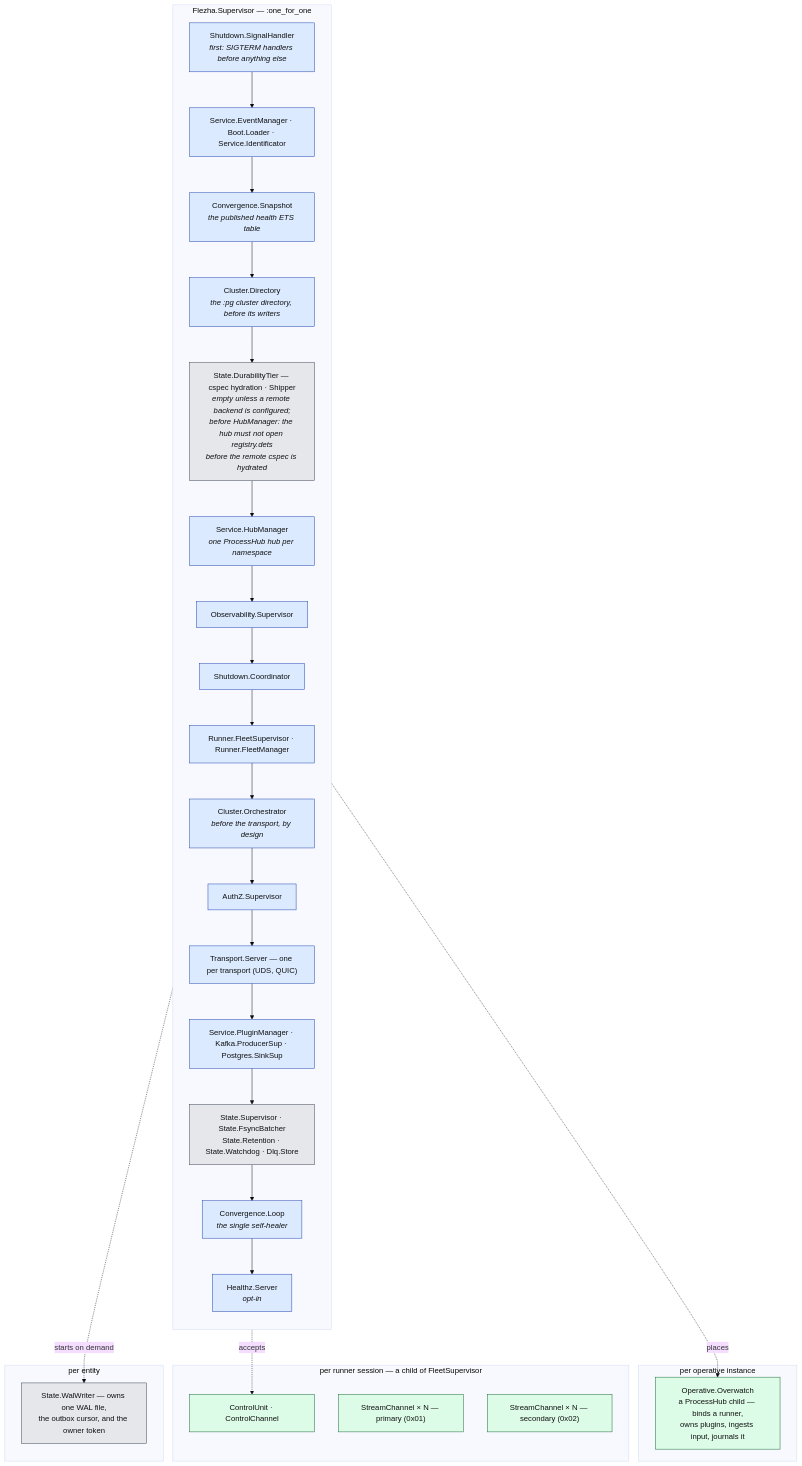
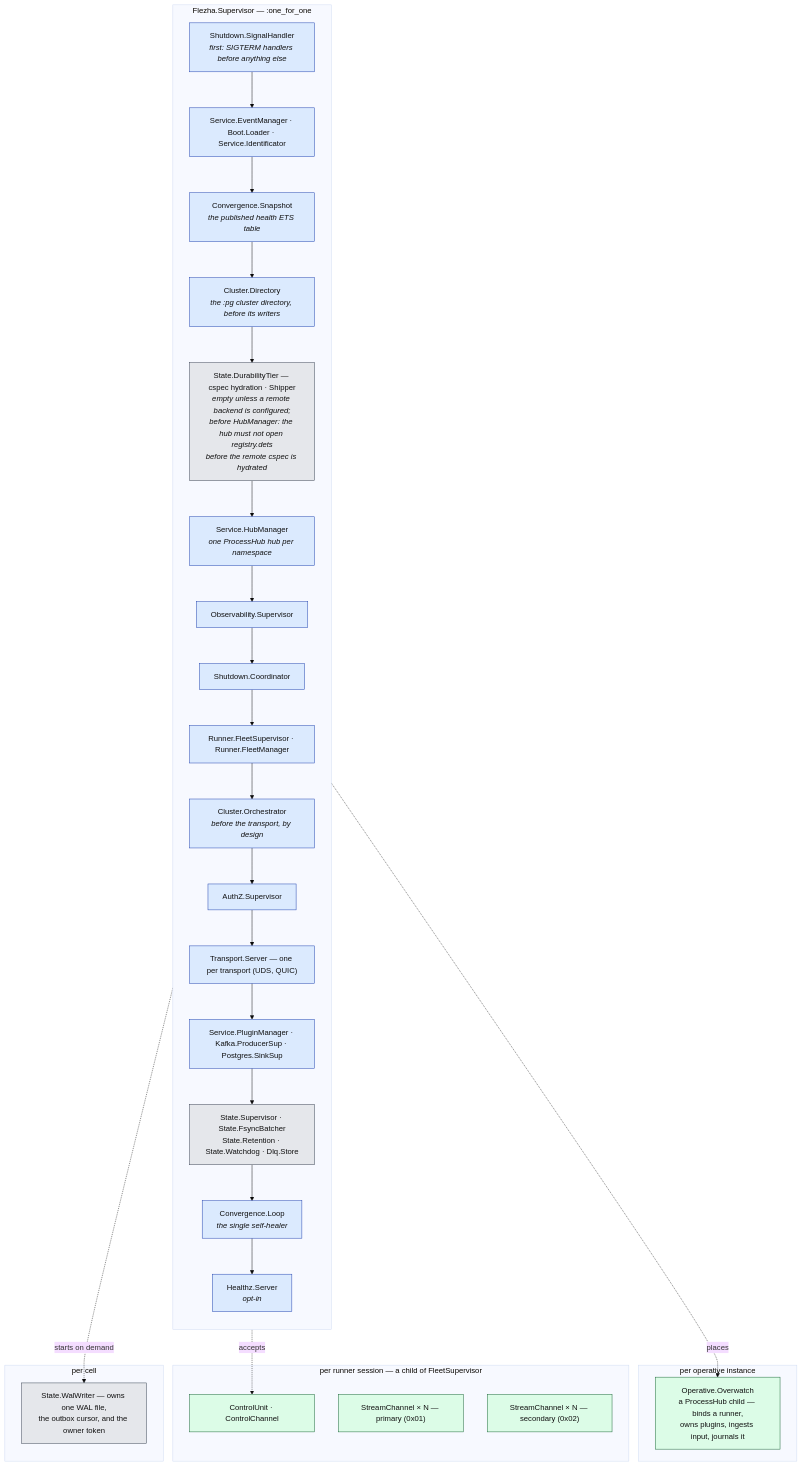
The sixth of 9 diagrams in docs/architecture/README.md (Flezha/flezha), drawn with Mermaid (base theme) before and after one commit. The commit also changed other lines of this file and 604 other files, not shown here.

First line of the commit message:
Rename Procedure to Tasklet and Entity to Cell

````diff
--- a/docs/architecture/README.md
+++ b/docs/architecture/README.md
@@ -330,43 +331,43 @@
 ```mermaid
 flowchart TB
     subgraph APP["Flezha.Supervisor — :one_for_one"]
         direction TB
         A1["Shutdown.SignalHandler<br/><i>first: SIGTERM handlers before anything else</i>"]:::ctrl
         A2["Service.EventManager · Boot.Loader · Service.Identificator"]:::ctrl
         A3["Convergence.Snapshot<br/><i>the published health ETS table</i>"]:::ctrl
         A3a["Cluster.Directory<br/><i>the :pg cluster directory, before its writers</i>"]:::ctrl
         A3b["State.DurabilityTier — cspec hydration · Shipper<br/><i>empty unless a remote backend is configured;<br/>before HubManager: the hub must not open registry.dets<br/>before the remote cspec is hydrated</i>"]:::store
         A4["Service.HubManager<br/><i>one ProcessHub hub per namespace</i>"]:::ctrl
         A5["Observability.Supervisor"]:::ctrl
         A6["Shutdown.Coordinator"]:::ctrl
         A7["Runner.FleetSupervisor · Runner.FleetManager"]:::ctrl
         A8["Cluster.Orchestrator<br/><i>before the transport, by design</i>"]:::ctrl
         A9["AuthZ.Supervisor"]:::ctrl
         A10["Transport.Server — one per transport (UDS, QUIC)"]:::ctrl
         A11["Service.PluginManager · Kafka.ProducerSup · Postgres.SinkSup"]:::ctrl
         A12["State.Supervisor · State.FsyncBatcher<br/>State.Retention · State.Watchdog · Dlq.Store"]:::store
         A13["Convergence.Loop<br/><i>the single self-healer</i>"]:::ctrl
         A14["Healthz.Server<br/><i>opt-in</i>"]:::ctrl
         A1 --> A2 --> A3 --> A3a --> A3b --> A4 --> A5 --> A6 --> A7 --> A8 --> A9 --> A10 --> A11 --> A12 --> A13 --> A14
     end
 
     subgraph PEROP["per operative instance"]
         OW["Operative.Overwatch<br/>a ProcessHub child — binds a runner,<br/>owns plugins, ingests input, journals it"]:::exec
     end
     subgraph PEREX["per runner session — a child of FleetSupervisor"]
         EX1["ControlUnit · ControlChannel"]:::exec
         EX2["StreamChannel × N — primary (0x01)"]:::exec
         EX3["StreamChannel × N — secondary (0x02)"]:::exec
     end
-    subgraph PERSEG["per entity"]
+    subgraph PERSEG["per cell"]
         WW["State.WalWriter — owns one WAL file,<br/>the outbox cursor, and the owner token"]:::store
     end
 
     A4 -.->|"places"| OW
     A7 -.->|"accepts"| EX1
     A12 -.->|"starts on demand"| WW
 
     classDef ctrl fill:#dbeafe,stroke:#1e40af,color:#111
     classDef exec fill:#dcfce7,stroke:#166534,color:#111
     classDef store fill:#e5e7eb,stroke:#374151,color:#111
 ```
````
